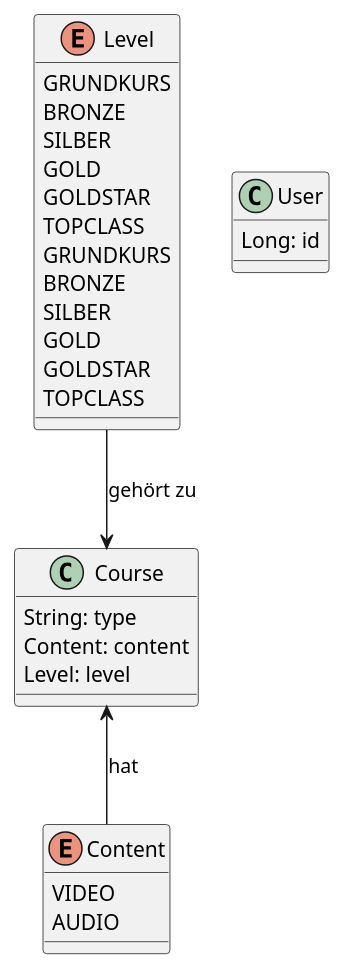
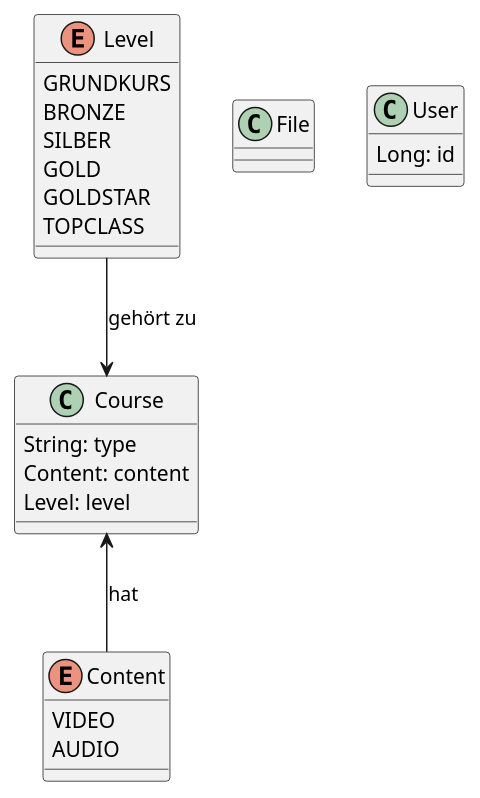
The diagram in asciidocs/plantuml/cld.puml (htl-leonding-project/2021-da-online-dance-practice), drawn with PlantUML before and after one commit. The commit also changed 4 other files, not shown here.

Commit message:
update uml-files

```diff
--- a/asciidocs/plantuml/cld.puml
+++ b/asciidocs/plantuml/cld.puml
@@ -1,39 +1,33 @@
 @startuml
 
 enum Content {
    VIDEO
    AUDIO
 }
 
 enum Level {
   GRUNDKURS
   BRONZE
   SILBER
   GOLD
   GOLDSTAR
   TOPCLASS
 }
 
-enum Level {
-  GRUNDKURS
-  BRONZE
-  SILBER
-  GOLD
-  GOLDSTAR
-  TOPCLASS
-}
 
 class Course {
   String: type
   Content: content
   Level: level
 }
+
+class File
 
 class User {
   Long: id
 }
 
 Course  <-up-  Level: gehört zu
 Course  <-down-  Content: hat
 
 @enduml
```
